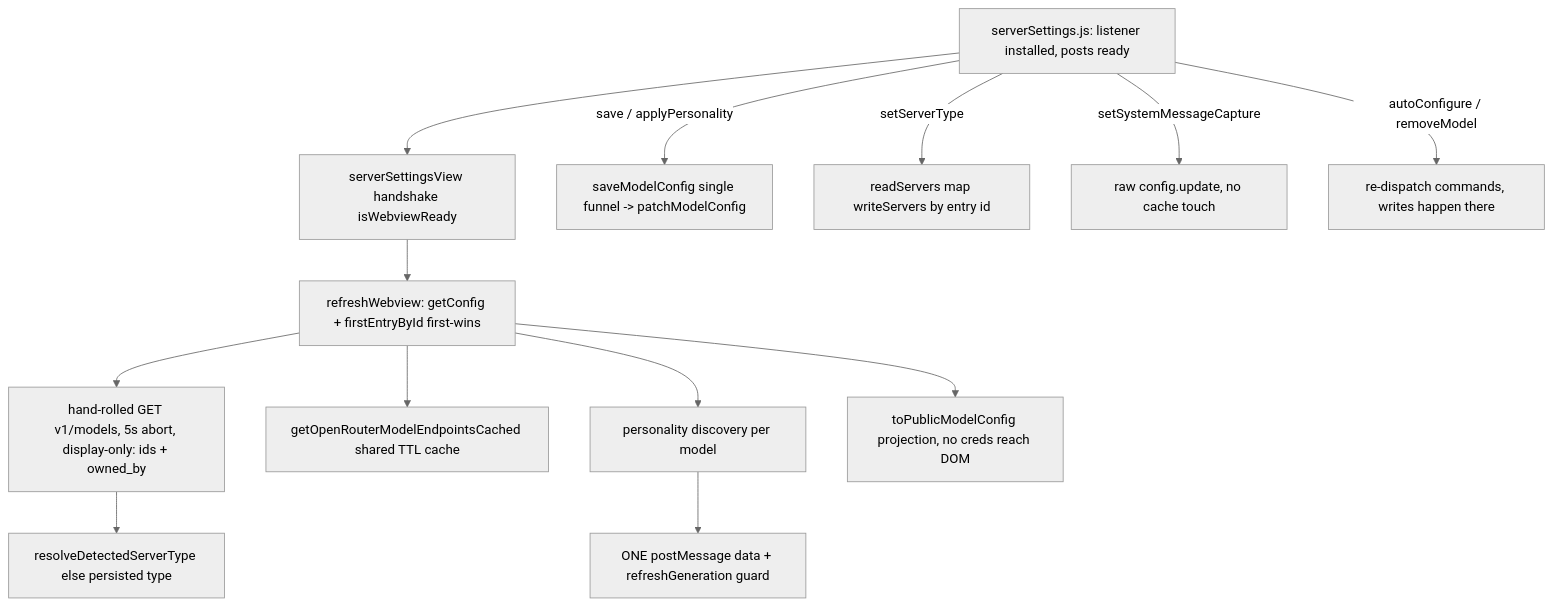
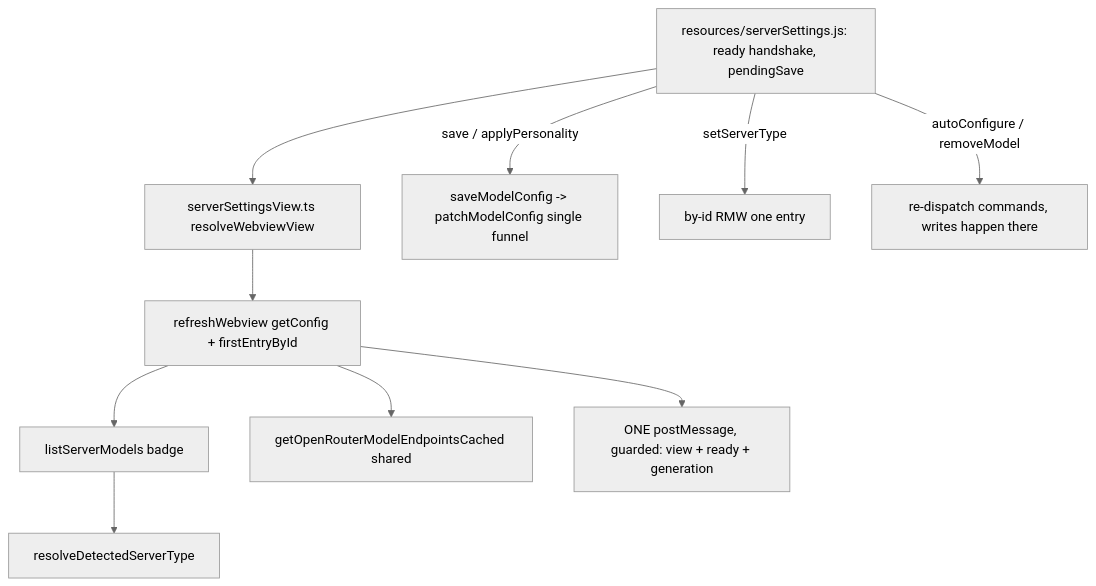
The ninth of 18 diagrams in docs/complexity-audit.md (fuzzifikation/vLLM-Copilot), drawn with Mermaid (neutral theme) before and after one commit. The commit also changed other lines of this file and 113 other files, not shown here.

````diff
--- a/docs/complexity-audit.md
+++ b/docs/complexity-audit.md
@@ -662,15 +379,11 @@
 ```mermaid
 flowchart TD
-    JS[serverSettings.js: listener installed, posts ready] --> HS[serverSettingsView handshake isWebviewReady]
-    HS --> RW[refreshWebview: getConfig + firstEntryById first-wins]
-    RW --> PR[hand-rolled GET v1/models, 5s abort, display-only: ids + owned_by]
-    RW --> OR[getOpenRouterModelEndpointsCached shared TTL cache]
-    RW --> PE[personality discovery per model]
-    PR --> ST[resolveDetectedServerType else persisted type]
-    RW --> PM[toPublicModelConfig projection, no creds reach DOM]
-    PE --> PO[ONE postMessage data + refreshGeneration guard]
-    JS -->|save / applyPersonality| SV[saveModelConfig single funnel -> patchModelConfig]
-    JS -->|setServerType| TY[readServers map writeServers by entry id]
-    JS -->|setSystemMessageCapture| CAP[raw config.update, no cache touch]
+    JS[resources/serverSettings.js: ready handshake, pendingSave] --> HS[serverSettingsView.ts resolveWebviewView]
+    HS --> RW[refreshWebview getConfig + firstEntryById]
+    RW --> PR[listServerModels badge] --> RT[resolveDetectedServerType]
+    RW --> OR[getOpenRouterModelEndpointsCached shared]
+    RW --> PO[ONE postMessage, guarded: view + ready + generation]
+    JS -->|save / applyPersonality| SV[saveModelConfig -> patchModelConfig single funnel]
+    JS -->|setServerType| TY[by-id RMW one entry]
     JS -->|autoConfigure / removeModel| DC[re-dispatch commands, writes happen there]
 ```
````
